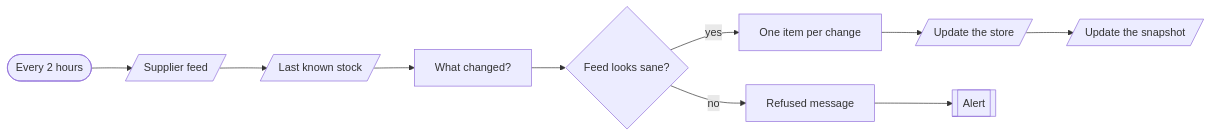
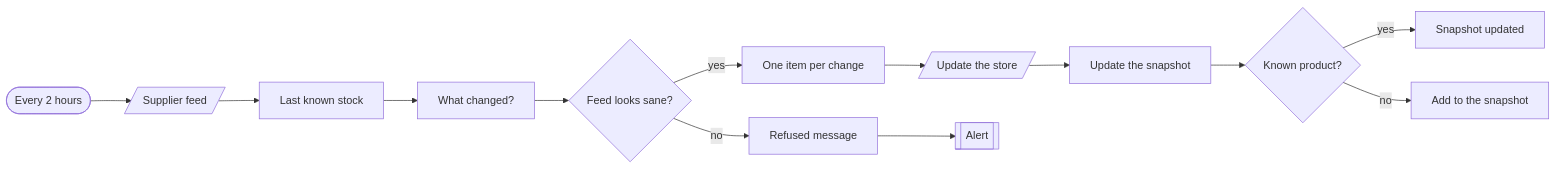
One commit to kimjoshuadr/n8n-workflows changed the first of 4 diagrams in workflows/commerce/README.md. Above: the diagram before and after it, drawn with Mermaid. The commit also changed other lines of this file and 184 other files, not shown here.

Commit message:
Finish the move to named platforms: blocks, BambooHR, generated README, schema and platform marks

````diff
--- a/workflows/commerce/README.md
+++ b/workflows/commerce/README.md
@@ -17,22 +15,28 @@
 ```mermaid
 flowchart LR
   nbzf7x1(["Every 2 hours"])
   n1n88ecr[/"Supplier feed"/]
-  nwz9eae[/"Last known stock"/]
+  nwz9eae["Last known stock"]
   nnrb8yo["What changed?"]
   n1kc0ib{"Feed looks sane?"}
   nsekrgf["One item per change"]
   njmguf6[/"Update the store"/]
-  nds23nn[/"Update the snapshot"/]
+  nds23nn["Update the snapshot"]
+  n1u098wk{"Known product?"}
+  nws2adu["Add to the snapshot"]
+  n1p4ny4m["Snapshot updated"]
   n1yxv2k0["Refused message"]
   n4d13md[["Alert"]]
   nbzf7x1 --> n1n88ecr
   n1n88ecr --> nwz9eae
   nwz9eae --> nnrb8yo
   nnrb8yo --> n1kc0ib
   n1kc0ib -->|yes| nsekrgf
   nsekrgf --> njmguf6
   njmguf6 --> nds23nn
+  nds23nn --> n1u098wk
+  n1u098wk -->|yes| n1p4ny4m
+  n1u098wk -->|no| nws2adu
   n1kc0ib -->|no| n1yxv2k0
   n1yxv2k0 --> n4d13md
 ```
````
